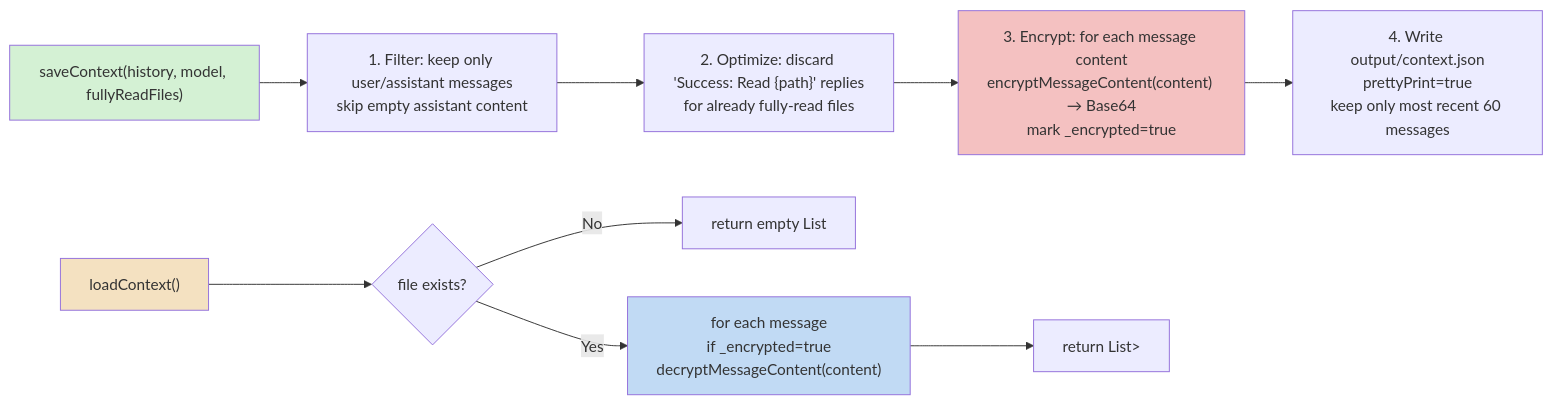
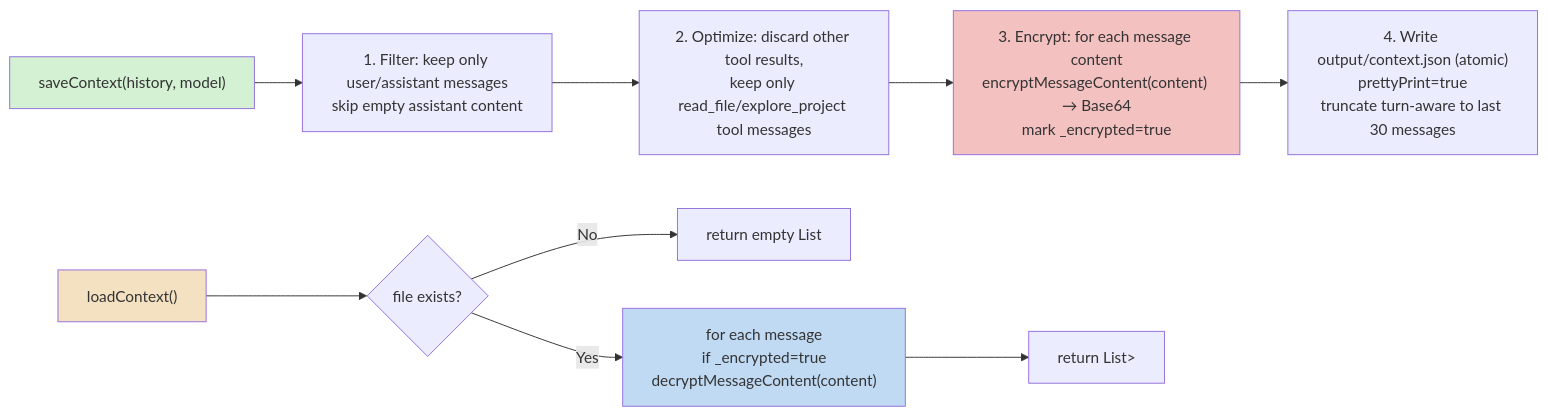
One commit to lg841226/Gradum changed the eighth of 29 diagrams in docs/ARCHITECTURE.md. Above: the diagram before and after it, drawn with Mermaid. The commit also changed other lines of this file and 12 other files, not shown here.

````diff
--- a/docs/ARCHITECTURE.md
+++ b/docs/ARCHITECTURE.md
@@ -589,15 +589,15 @@
 ```mermaid
 flowchart LR
-    SAVE["saveContext(history, model, fullyReadFiles)"] --> FILTER["1. Filter: keep only user/assistant messages<br/>skip empty assistant content"]
-    FILTER --> OPTIMIZE["2. Optimize: discard 'Success: Read {path}' replies<br/>for already fully-read files"]
+    SAVE["saveContext(history, model)"] --> FILTER["1. Filter: keep only user/assistant messages<br/>skip empty assistant content"]
+    FILTER --> OPTIMIZE["2. Optimize: discard other tool results,<br/>keep only read_file/explore_project tool messages"]
     OPTIMIZE --> ENCRYPT["3. Encrypt: for each message content<br/>encryptMessageContent(content) → Base64<br/>mark _encrypted=true"]
-    ENCRYPT --> WRITE["4. Write output/context.json<br/>prettyPrint=true<br/>keep only most recent 60 messages"]
+    ENCRYPT --> WRITE["4. Write output/context.json (atomic)<br/>prettyPrint=true<br/>truncate turn-aware to last 30 messages"]
     LOAD["loadContext()"] --> FILE_EXISTS{file exists?}
     FILE_EXISTS -- No --> EMPTY[return empty List]
     FILE_EXISTS -- Yes --> DECRYPT["for each message<br/>if _encrypted=true<br/>decryptMessageContent(content)"]
     DECRYPT --> RETURN["return List<Map<String, Any>>"]
     style SAVE fill: #d4f1d4
     style LOAD fill: #f4e1c1
     style ENCRYPT fill: #f4c1c1
     style DECRYPT fill: #c1daf4
 ```
````
